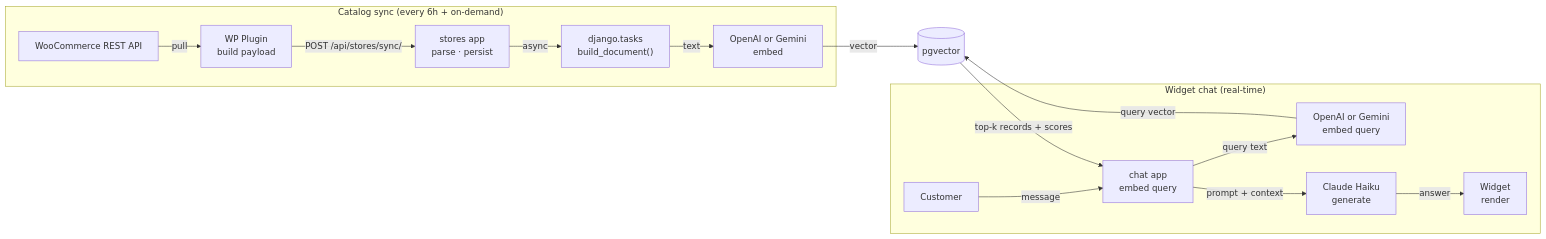
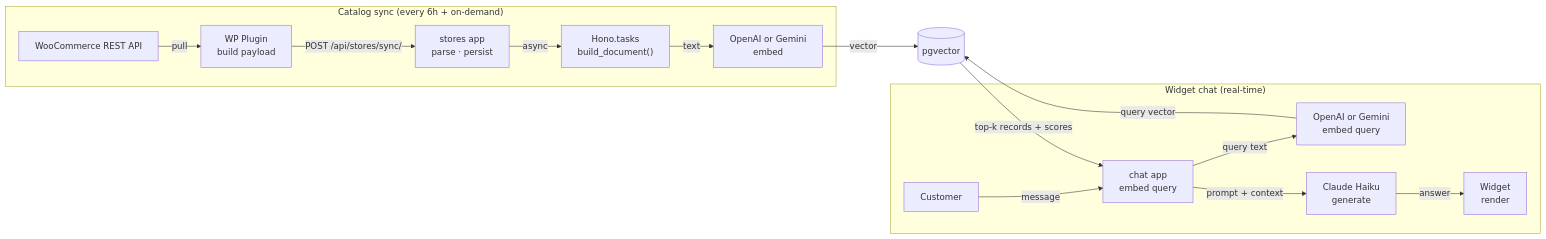
Before and after one commit to aji-pratama/woocs: the sixth of 6 diagrams in _docs/PRD.md, drawn with Mermaid. The commit also changed other lines of this file and 85 other files, not shown here.

````diff
--- a/_docs/PRD.md
+++ b/_docs/PRD.md
@@ -1519,33 +1519,33 @@
 ```mermaid
 flowchart LR
   subgraph SyncPath["Catalog sync (every 6h + on-demand)"]
     WC["WooCommerce REST API"]
     Plugin["WP Plugin\nbuild payload"]
     StoresApp["stores app\nparse · persist"]
-    Worker["django.tasks\nbuild_document()"]
+    Worker["Hono.tasks\nbuild_document()"]
     EmbedModel["OpenAI or Gemini\nembed"]
   end
 
   subgraph ChatPath["Widget chat (real-time)"]
     Customer["Customer"]
     ChatApp["chat app\nembed query"]
     QueryEmbed["OpenAI or Gemini\nembed query"]
     HaikuGen["Claude Haiku\ngenerate"]
     WidgetOut["Widget\nrender"]
   end
 
   PG[("pgvector")]
 
   WC -->|pull| Plugin
   Plugin -->|POST /api/stores/sync/| StoresApp
   StoresApp -->|async| Worker
   Worker -->|text| EmbedModel
   EmbedModel -->|vector| PG
 
   Customer -->|message| ChatApp
   ChatApp -->|query text| QueryEmbed
   QueryEmbed -->|query vector| PG
   PG -->|top-k records + scores| ChatApp
   ChatApp -->|prompt + context| HaikuGen
   HaikuGen -->|answer| WidgetOut
 ```
````
